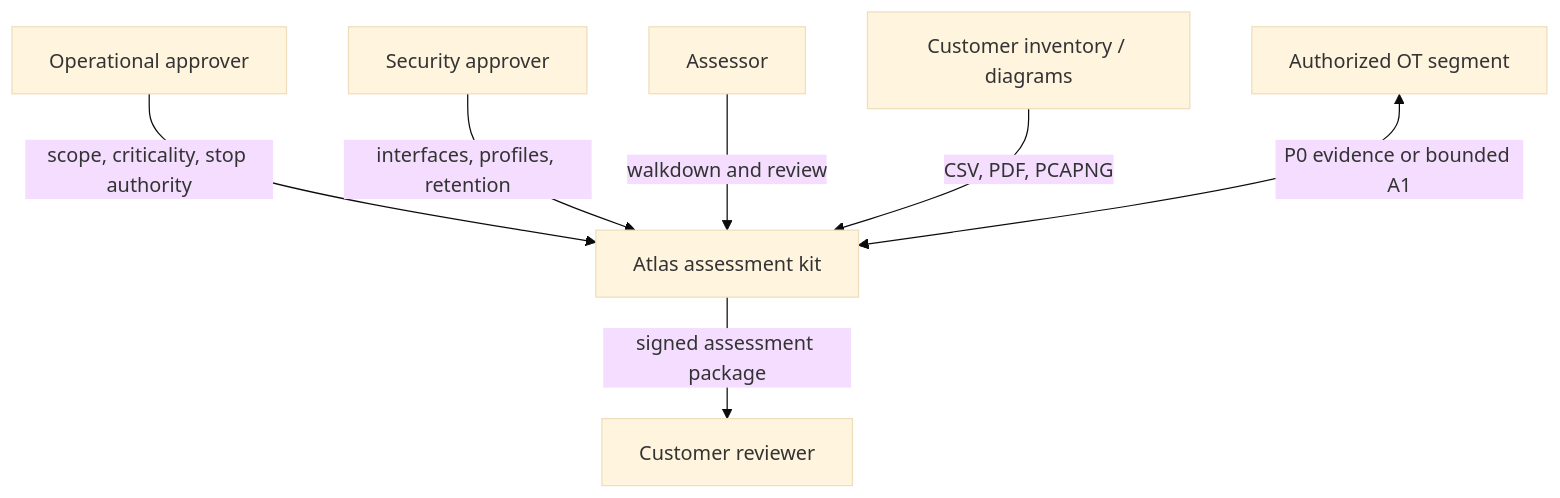
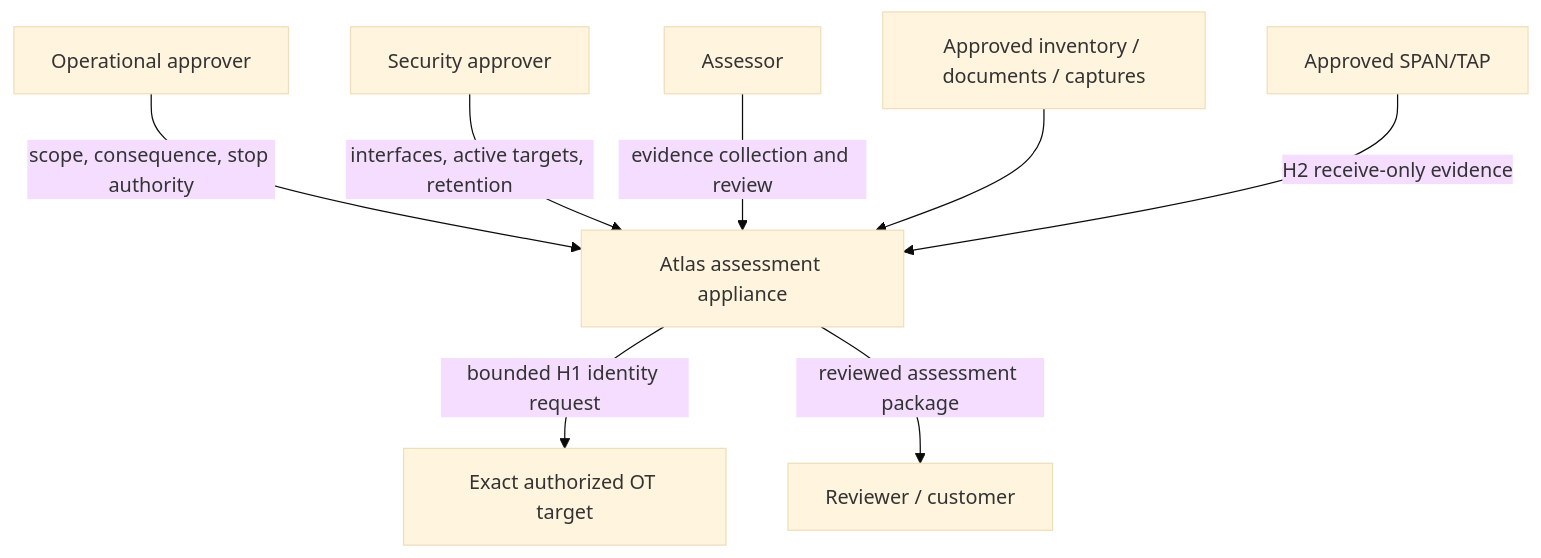
One commit to charifmahmoudi/mobile-ot-security-assessment changed the first of 4 diagrams in docs/architecture/SYSTEM-AND-DEPLOYMENT.md. Above: the diagram before and after it, drawn with Mermaid (base theme). The commit also changed other lines of this file and 37 other files, not shown here.

````diff
--- a/docs/architecture/SYSTEM-AND-DEPLOYMENT.md
+++ b/docs/architecture/SYSTEM-AND-DEPLOYMENT.md
@@ -7,9 +9,10 @@
 ```mermaid
 flowchart TD
-  OPS["Operational approver"] -->|"scope, criticality, stop authority"| ATLAS["Atlas assessment kit"]
-  SEC["Security approver"] -->|"interfaces, profiles, retention"| ATLAS
-  ASSESSOR["Assessor"] -->|"walkdown and review"| ATLAS
-  INVENTORY["Customer inventory / diagrams"] -->|"CSV, PDF, PCAPNG"| ATLAS
-  OT["Authorized OT segment"] <-->|"P0 evidence or bounded A1"| ATLAS
-  ATLAS -->|"signed assessment package"| REVIEWER["Customer reviewer"]
+  OPS["Operational approver"] -->|"scope, consequence, stop authority"| ATLAS["Atlas assessment appliance"]
+  SEC["Security approver"] -->|"interfaces, active targets, retention"| ATLAS
+  ASSESSOR["Assessor"] -->|"evidence collection and review"| ATLAS
+  INPUT["Approved inventory / documents / captures"] --> ATLAS
+  SPAN["Approved SPAN/TAP"] -->|"H2 receive-only evidence"| ATLAS
+  ATLAS -->|"bounded H1 identity request"| TARGET["Exact authorized OT target"]
+  ATLAS -->|"reviewed assessment package"| REVIEWER["Reviewer / customer"]
 ```
````
